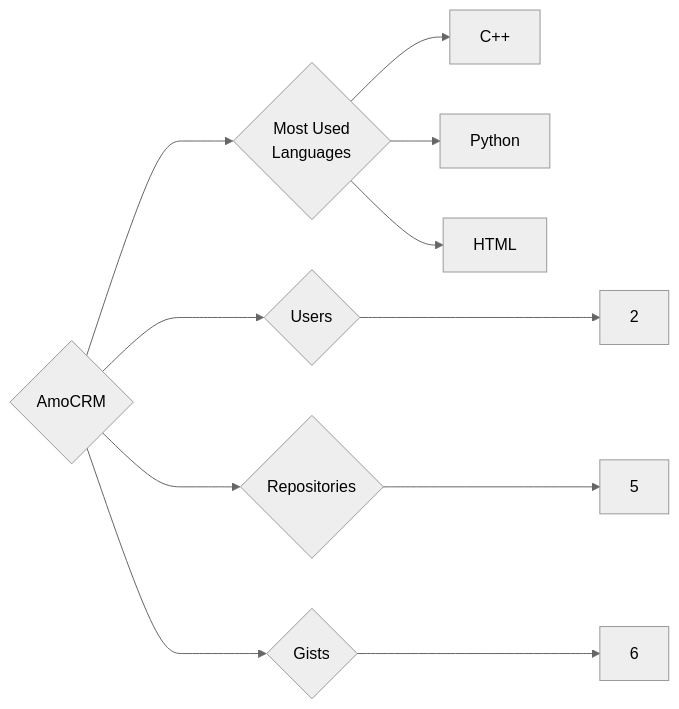
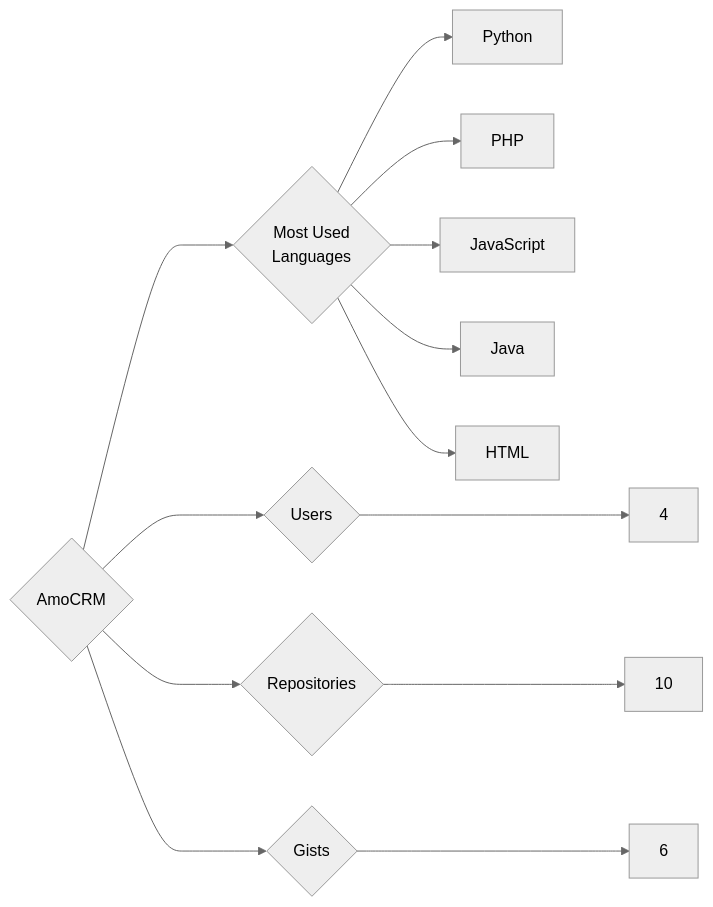
One commit to trickest/insiders changed the diagram in targets/AmoCRM/README.md. Above: the diagram before and after it, drawn with Mermaid (neutral theme). The commit also changed 611 other files, not shown here.

````diff
--- a/targets/AmoCRM/README.md
+++ b/targets/AmoCRM/README.md
@@ -3,11 +3,13 @@
 ```mermaid
 graph LR
 COMPANY_NAME{AmoCRM}
-COMPANY_NAME ---> U{Users} ---> UN[2]
-COMPANY_NAME ---> R{Repositories} ---> RN[5]
+COMPANY_NAME ---> U{Users} ---> UN[4]
+COMPANY_NAME ---> R{Repositories} ---> RN[10]
 COMPANY_NAME ---> G{Gists} ---> GN[6]
 COMPANY_NAME ---> ML{Most Used<br>Languages}
-ML --> C++[C++]
 ML --> Python[Python]
+ML --> PHP[PHP]
+ML --> JavaScript[JavaScript]
+ML --> Java[Java]
 ML --> HTML[HTML]
 ```
````
